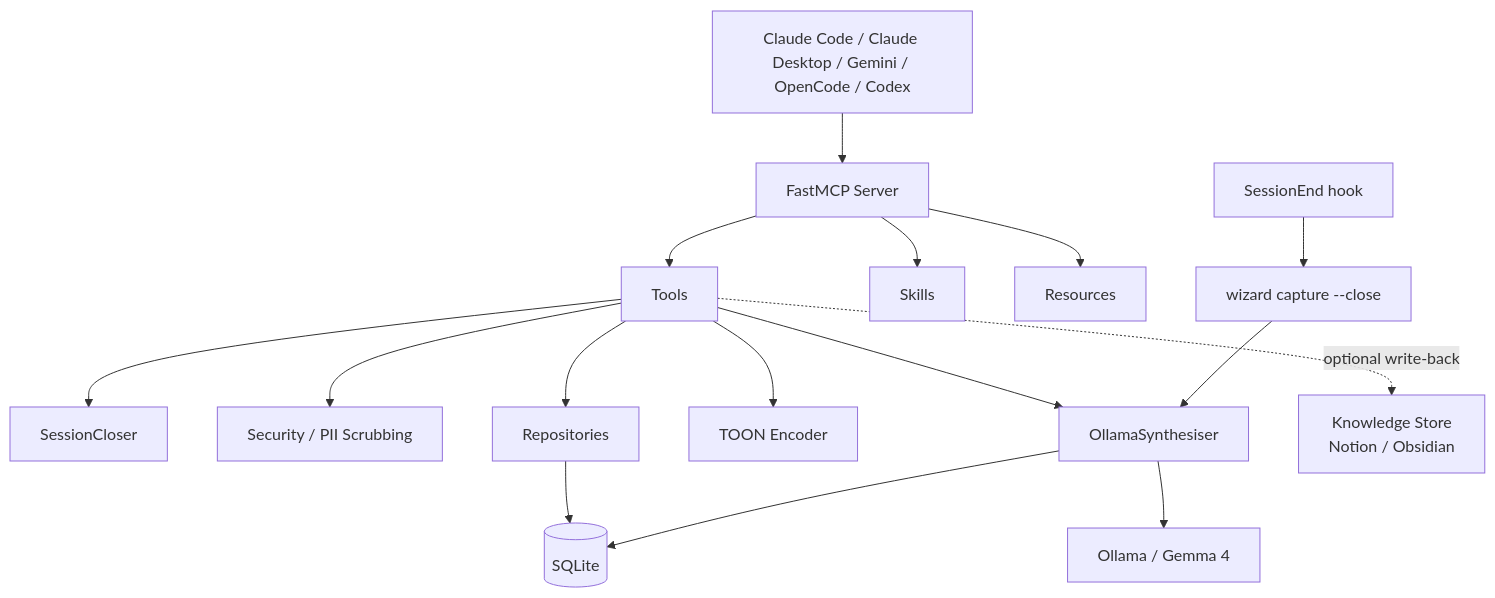
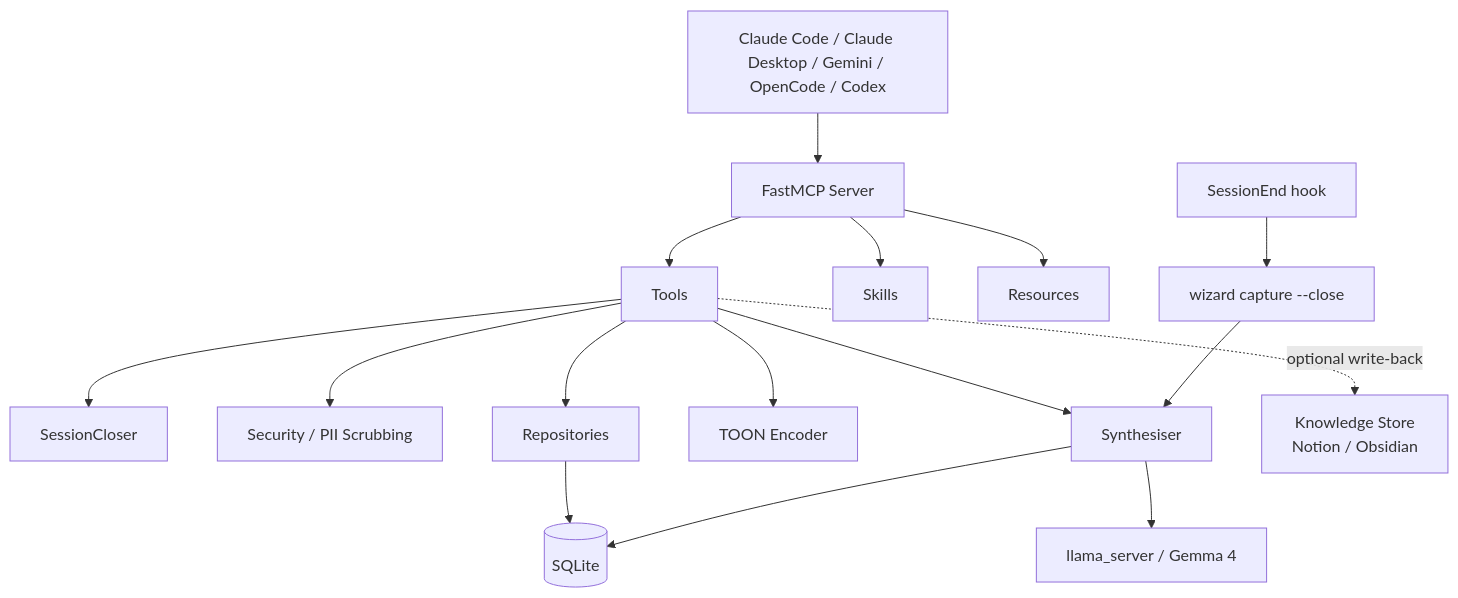
One commit to kiran-capoor94/wizard changed the diagram in README.md. Above: the diagram before and after it, drawn with Mermaid. The commit also changed other lines of this file and 10 other files, not shown here.

First line of the commit message:
refactor: rename OllamaSynthesiser → Synthesiser, generalise to llama_server endpoint

````diff
--- a/README.md
+++ b/README.md
@@ -126,18 +126,18 @@
 ```mermaid
 graph TD
     A[Claude Code / Claude Desktop / Gemini / OpenCode / Codex] --> B[FastMCP Server]
     B --> C[Tools]
     B --> D[Skills]
     B --> E[Resources]
     C --> F[SessionCloser]
     C --> G[Security / PII Scrubbing]
     C --> H[Repositories]
     C --> T[TOON Encoder]
     H --> I[(SQLite)]
-    C --> P[OllamaSynthesiser]
+    C --> P[Synthesiser]
     N[SessionEnd hook] --> O[wizard capture --close]
     O --> P
-    P --> Q[Ollama / Gemma 4]
+    P --> Q[llama_server / Gemma 4]
     P --> I
     C -.->|optional write-back| L[Knowledge Store\nNotion / Obsidian]
 ```
````
